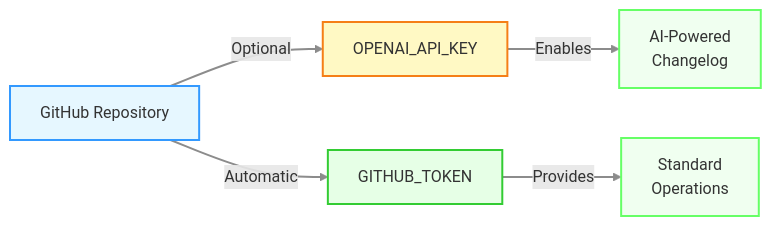
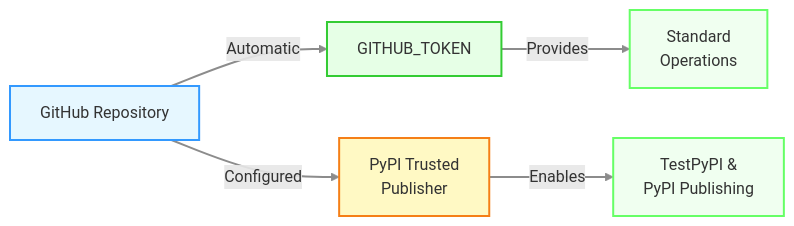
One commit to minouris/spafw37 changed diagram 17 of 17 in .github/RELEASE_PROCESS.md. Above: the diagram before and after it, drawn with Mermaid. The commit also changed other lines of this file and 4 other files, not shown here.

````diff
--- a/.github/RELEASE_PROCESS.md
+++ b/.github/RELEASE_PROCESS.md
@@ -1382,20 +1126,20 @@
 ```mermaid
 graph LR
-    A[GitHub Repository] -->|Optional| B[OPENAI_API_KEY]
-    A -->|Automatic| C[GITHUB_TOKEN]
+    A[GitHub Repository] -->|Automatic| B[GITHUB_TOKEN]
+    A -->|Configured| C[PyPI Trusted<br/>Publisher]
     
-    B -->|Enables| D[AI-Powered<br/>Changelog]
-    C -->|Provides| E[Standard<br/>Operations]
+    B -->|Provides| D[Standard<br/>Operations]
+    C -->|Enables| E[TestPyPI &<br/>PyPI Publishing]
     
     classDef repoStyle fill:#e6f7ff,stroke:#3399ff,stroke-width:2px,color:#333
-    classDef optionalStyle fill:#fff9c4,stroke:#f57f17,stroke-width:2px,color:#333
     classDef autoStyle fill:#e6ffe6,stroke:#33cc33,stroke-width:2px,color:#333
+    classDef configStyle fill:#fff9c4,stroke:#f57f17,stroke-width:2px,color:#333
     classDef featureStyle fill:#f0fff0,stroke:#66ff66,stroke-width:2px,color:#333
     
     class A repoStyle
-    class B optionalStyle
-    class C autoStyle
+    class B autoStyle
+    class C configStyle
     class D,E featureStyle
     
     linkStyle default stroke:#8c8c8c,stroke-width:2px
 ```
````
